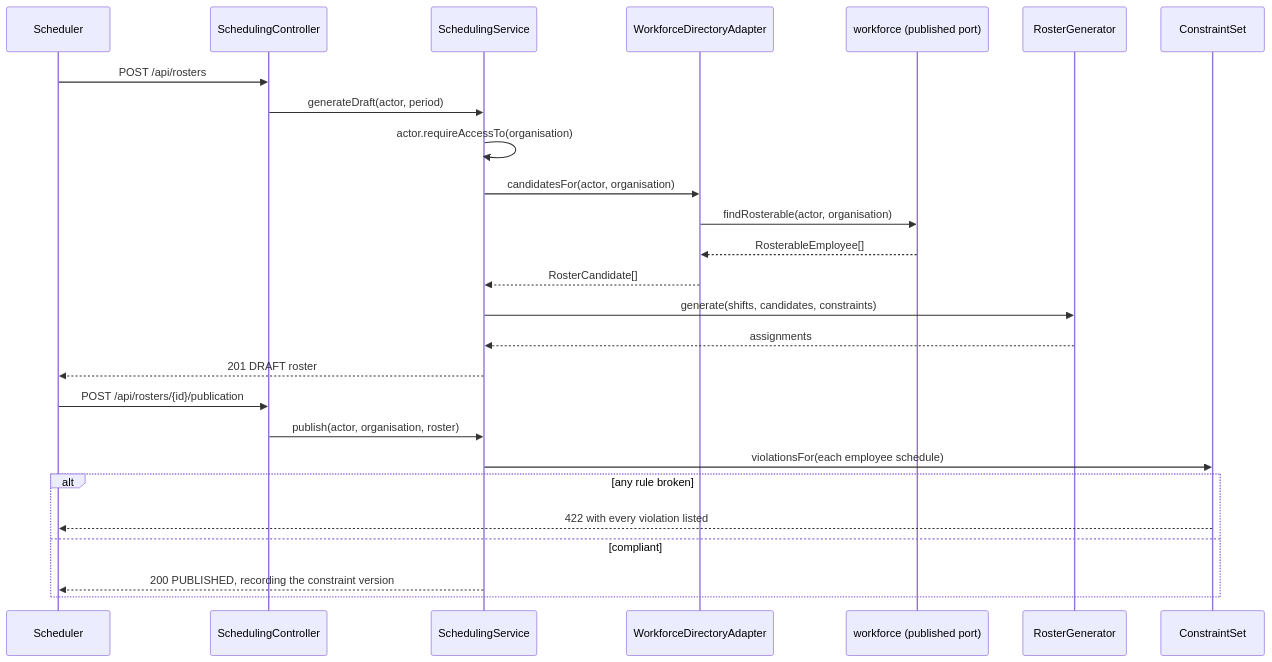
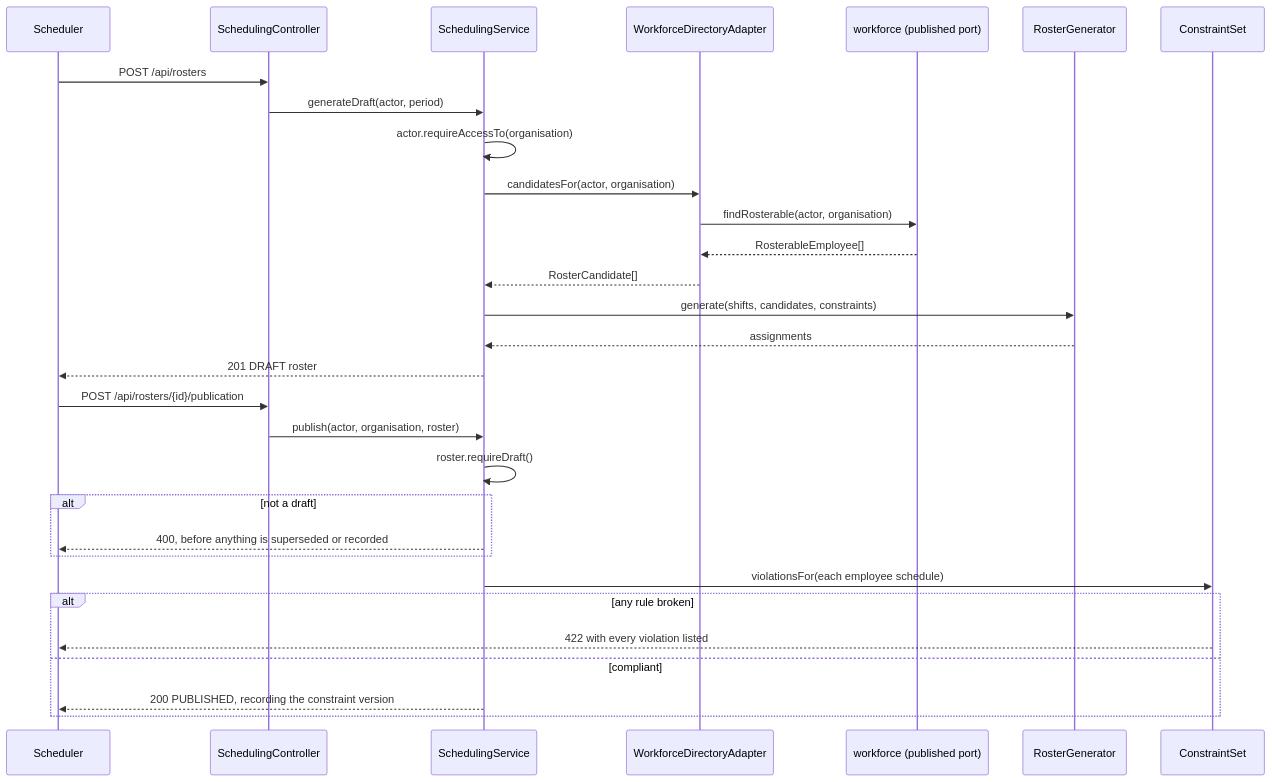
One commit to NaimElijah/HrSched changed the third of 3 diagrams in docs/architecture/architecture.md. Above: the diagram before and after it, drawn with Mermaid. The commit also changed 4 other files, not shown here.

First line of the commit message:
fix(scheduling): refuse a non-draft before publishing reads anything

````diff
--- a/docs/architecture/architecture.md
+++ b/docs/architecture/architecture.md
@@ -226,30 +226,34 @@
 ```mermaid
 sequenceDiagram
     participant C as Scheduler
     participant W as SchedulingController
     participant S as SchedulingService
     participant D as WorkforceDirectoryAdapter
     participant F as workforce (published port)
     participant G as RosterGenerator
     participant R as ConstraintSet
 
     C->>W: POST /api/rosters
     W->>S: generateDraft(actor, period)
     S->>S: actor.requireAccessTo(organisation)
     S->>D: candidatesFor(actor, organisation)
     D->>F: findRosterable(actor, organisation)
     F-->>D: RosterableEmployee[]
     D-->>S: RosterCandidate[]
     S->>G: generate(shifts, candidates, constraints)
     G-->>S: assignments
     S-->>C: 201 DRAFT roster
 
     C->>W: POST /api/rosters/{id}/publication
     W->>S: publish(actor, organisation, roster)
+    S->>S: roster.requireDraft()
+    alt not a draft
+        S-->>C: 400, before anything is superseded or recorded
+    end
     S->>R: violationsFor(each employee schedule)
     alt any rule broken
         R-->>C: 422 with every violation listed
     else compliant
         S-->>C: 200 PUBLISHED, recording the constraint version
     end
 ```
````
